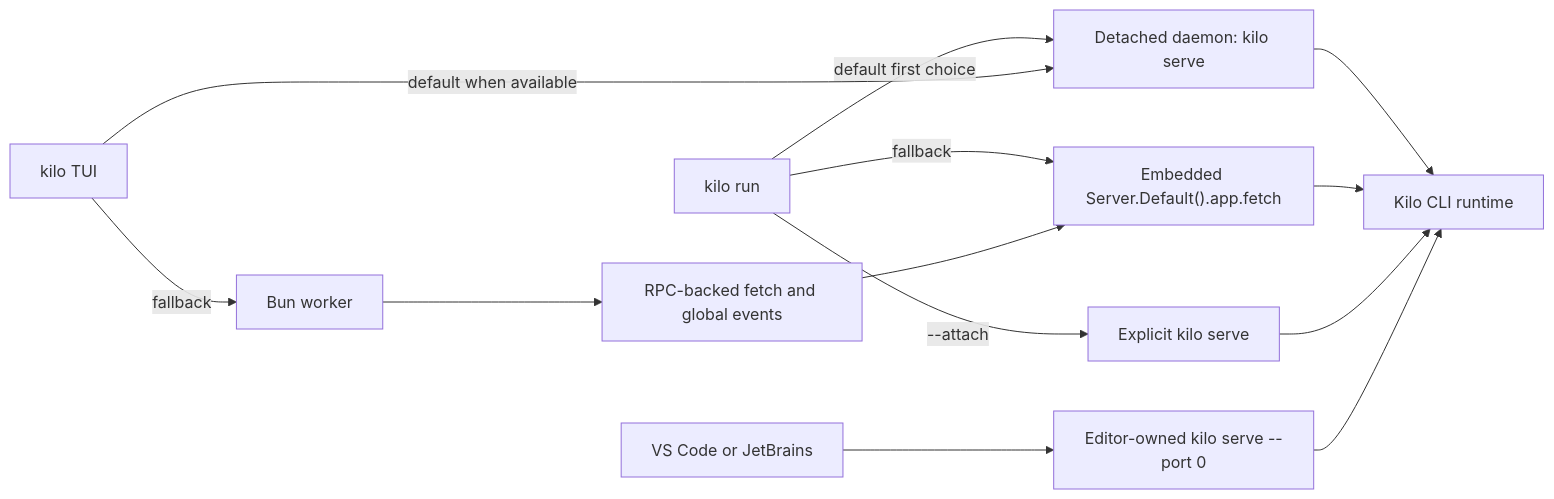
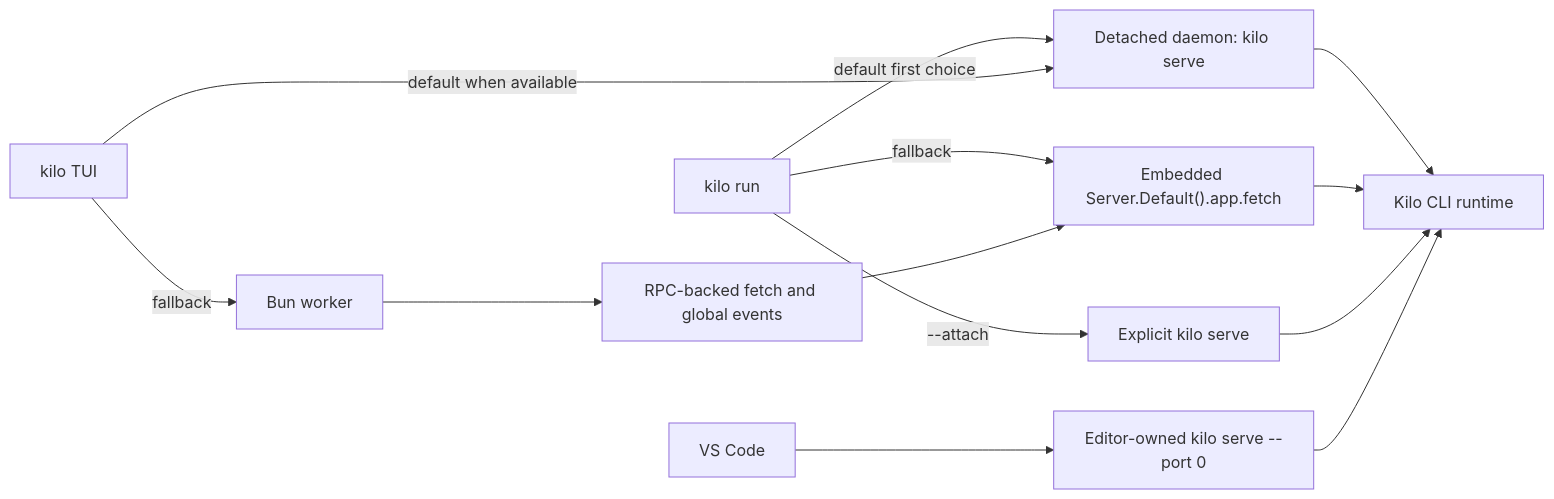
Before and after one commit to JorkeyLiu/kilocode: the first of 3 diagrams in packages/kilo-docs/pages/contributing/architecture/cli-runtime.md, drawn with Mermaid. The commit also changed other lines of this file and 1216 other files, not shown here.

````diff
--- a/packages/kilo-docs/pages/contributing/architecture/cli-runtime.md
+++ b/packages/kilo-docs/pages/contributing/architecture/cli-runtime.md
@@ -45,24 +44,24 @@
 ```mermaid
 flowchart LR
   run["kilo run"]
   tui["kilo TUI"]
   daemon["Detached daemon: kilo serve"]
   worker["Bun worker"]
   rpc["RPC-backed fetch and global events"]
   embedded["Embedded Server.Default().app.fetch"]
   serve["Explicit kilo serve"]
-  editors["VS Code or JetBrains"]
+  editors["VS Code"]
   editorServer["Editor-owned kilo serve --port 0"]
   runtime["Kilo CLI runtime"]
 
   run -->|"default first choice"| daemon
   run -->|"fallback"| embedded
   run -->|"--attach"| serve
   tui -->|"default when available"| daemon
   tui -->|"fallback"| worker --> rpc --> embedded
   editors --> editorServer
   daemon --> runtime
   embedded --> runtime
   serve --> runtime
   editorServer --> runtime
 ```
````
